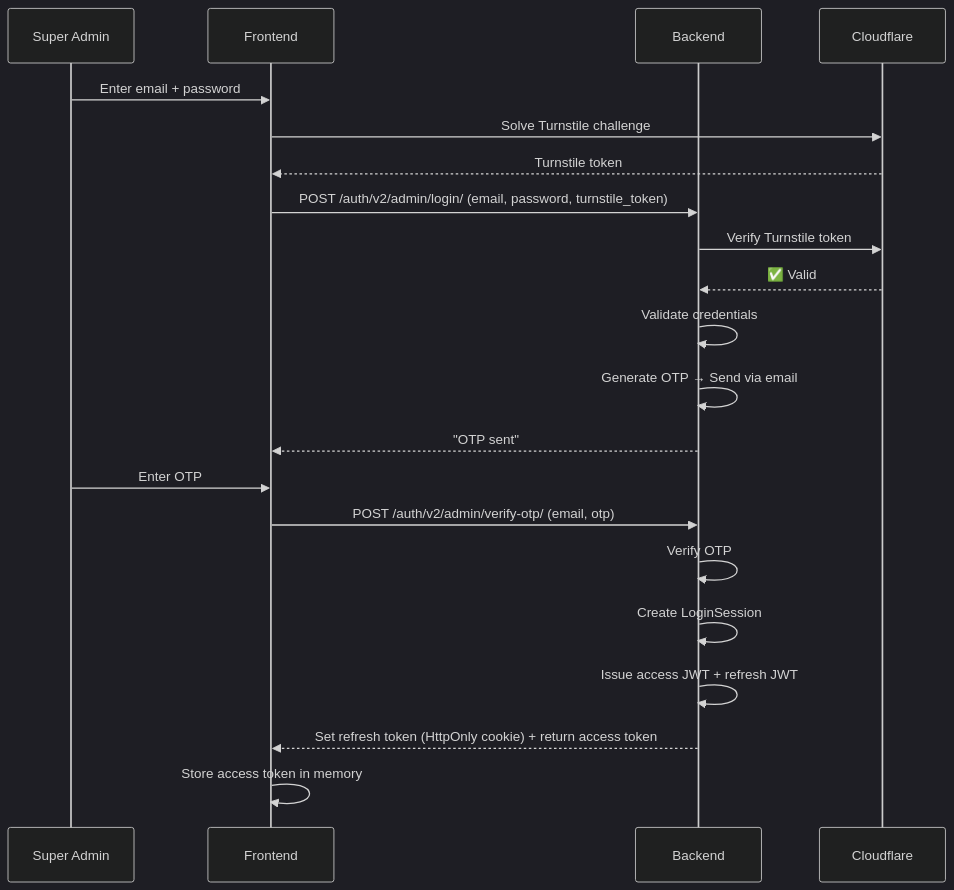
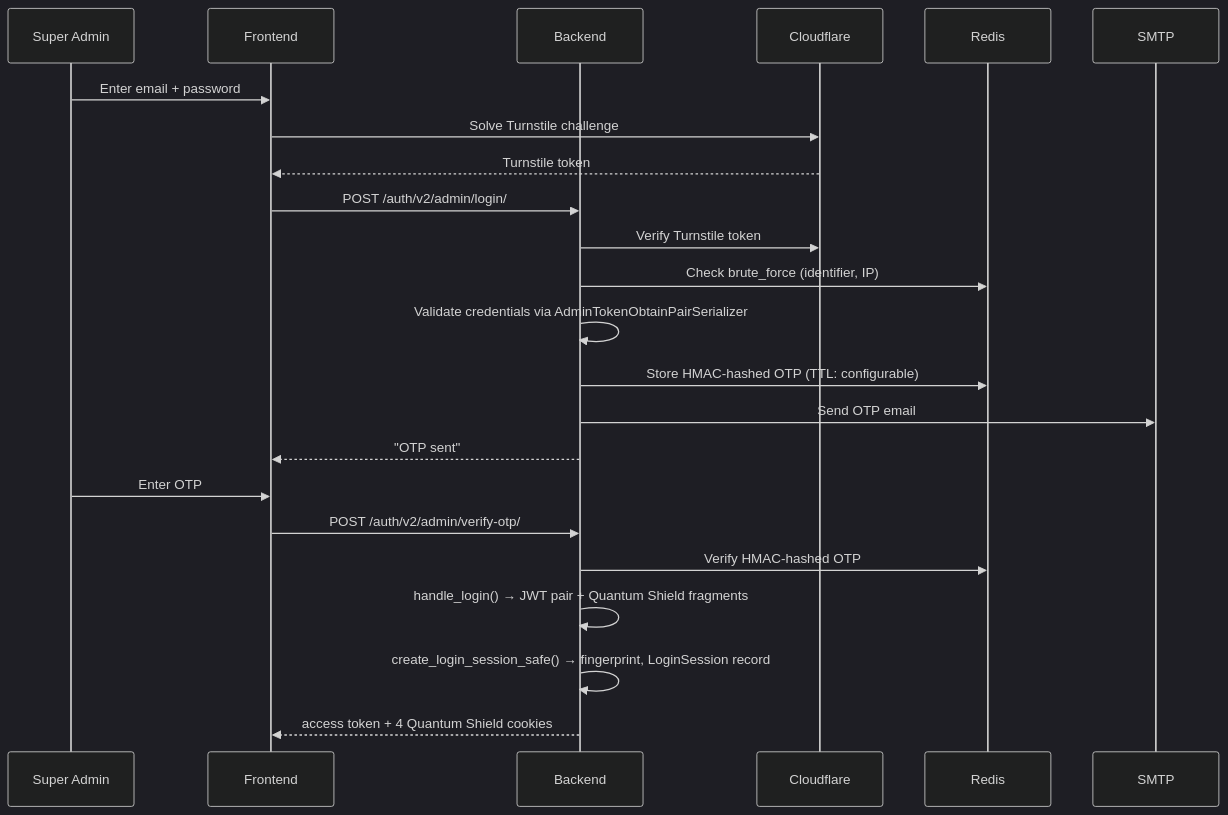
One commit to manoharreddyparne/core_final changed the third of 4 diagrams in docs/03_SECURITY_AND_AUTHENTICATION.md. Above: the diagram before and after it, drawn with Mermaid (dark theme). The commit also changed other lines of this file and 6 other files, not shown here.

Commit message:
Rewrite all project docs: accurate Quantum Shield, SafeJWT, full sprint showcase, expanded user stories

````diff
--- a/docs/03_SECURITY_AND_AUTHENTICATION.md
+++ b/docs/03_SECURITY_AND_AUTHENTICATION.md
@@ -31,24 +134,25 @@
 ```mermaid
 sequenceDiagram
     participant SA as Super Admin
     participant FE as Frontend
     participant BE as Backend
     participant CF as Cloudflare
+    participant RD as Redis
 
     SA->>FE: Enter email + password
     FE->>CF: Solve Turnstile challenge
     CF-->>FE: Turnstile token
-    FE->>BE: POST /auth/v2/admin/login/ (email, password, turnstile_token)
+    FE->>BE: POST /auth/v2/admin/login/
     BE->>CF: Verify Turnstile token
-    CF-->>BE: ✅ Valid
-    BE->>BE: Validate credentials
-    BE->>BE: Generate OTP → Send via email
+    BE->>RD: Check brute_force (identifier, IP)
+    BE->>BE: Validate credentials via AdminTokenObtainPairSerializer
+    BE->>RD: Store HMAC-hashed OTP (TTL: configurable)
+    BE->>SMTP: Send OTP email
     BE-->>FE: "OTP sent"
     SA->>FE: Enter OTP
-    FE->>BE: POST /auth/v2/admin/verify-otp/ (email, otp)
-    BE->>BE: Verify OTP
-    BE->>BE: Create LoginSession
-    BE->>BE: Issue access JWT + refresh JWT
-    BE-->>FE: Set refresh token (HttpOnly cookie) + return access token
-    FE->>FE: Store access token in memory
+    FE->>BE: POST /auth/v2/admin/verify-otp/
+    BE->>RD: Verify HMAC-hashed OTP
+    BE->>BE: handle_login() → JWT pair + Quantum Shield fragments
+    BE->>BE: create_login_session_safe() → fingerprint, LoginSession record
+    BE-->>FE: access token + 4 Quantum Shield cookies
 ```
````
